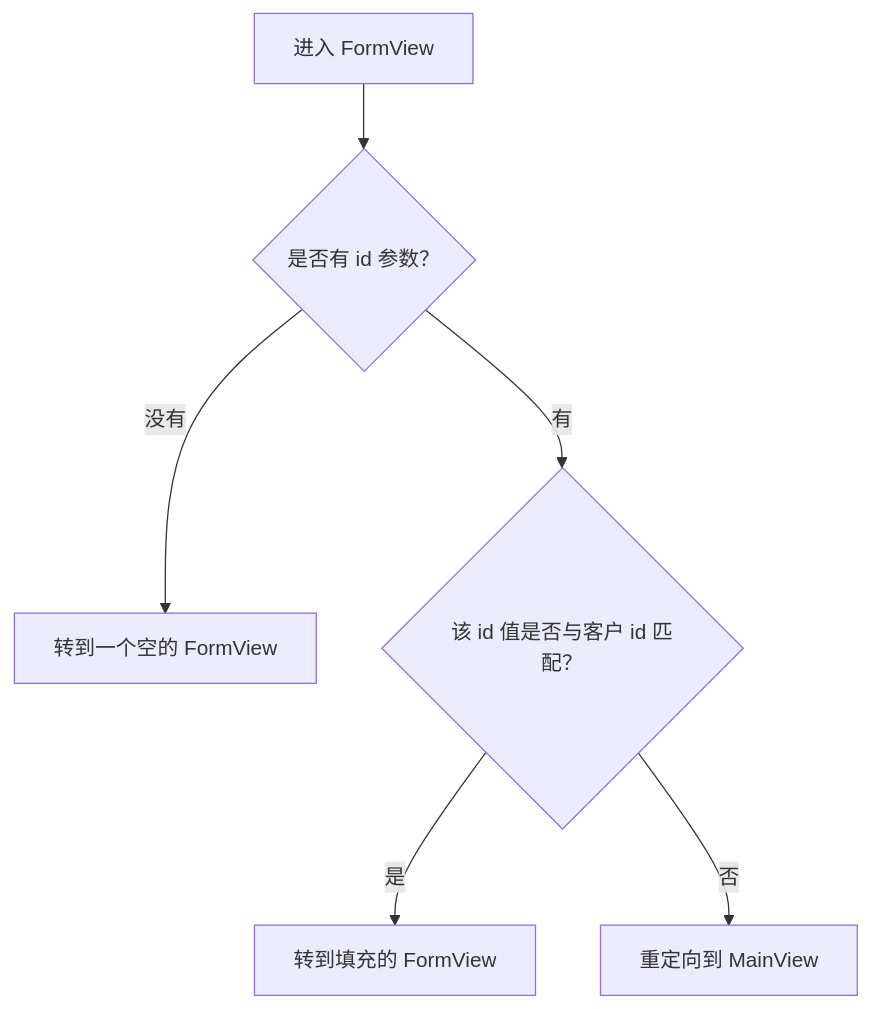
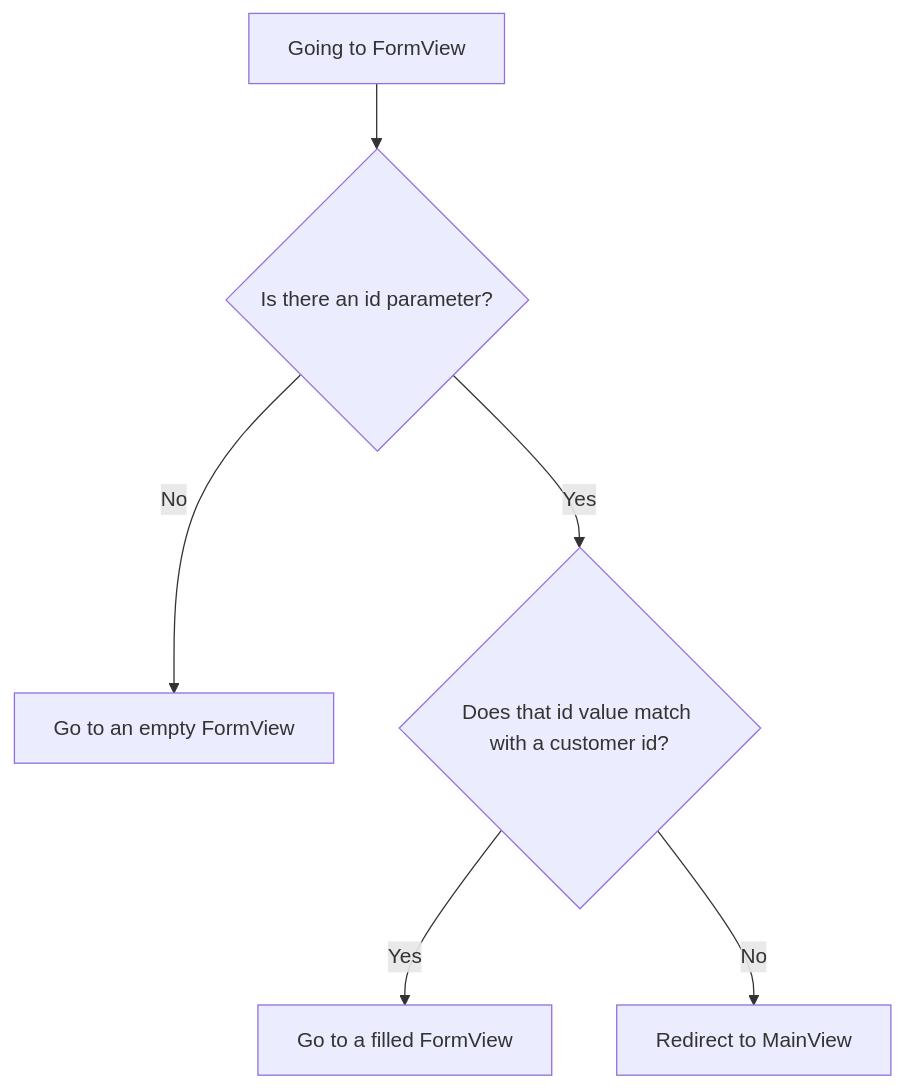
The diagram in docs/i18n/zh/docusaurus-plugin-content-docs/current/introduction/tutorial/observers-and-route-parameters.md (webforj/webforj-documentation), drawn with Mermaid before and after one commit. The commit also changed other lines of this file and 120 other files, not shown here.

````diff
--- a/docs/i18n/zh/docusaurus-plugin-content-docs/current/introduction/tutorial/observers-and-route-parameters.md
+++ b/docs/i18n/zh/docusaurus-plugin-content-docs/current/introduction/tutorial/observers-and-route-parameters.md
@@ -72,8 +76,8 @@
 ```mermaid
 flowchart TD
-    A[进入 FormView] --> B{是否有 id 参数？}
-    B -->|没有| C[转到一个空的 FormView]
-    B -->|有| D{该 id 值是否与客户 id 匹配？}
-    D -->|是| E[转到填充的 FormView]
-    D -->|否| F[重定向到 MainView]
+    A[Going to FormView] --> B{Is there an id parameter?}
+    B -->|No| C[Go to an empty FormView]
+    B -->|Yes| D{Does that id value match with a customer id?}
+    D -->|Yes| E[Go to a filled FormView]
+    D -->|No| F[Redirect to MainView]
 ```
````
